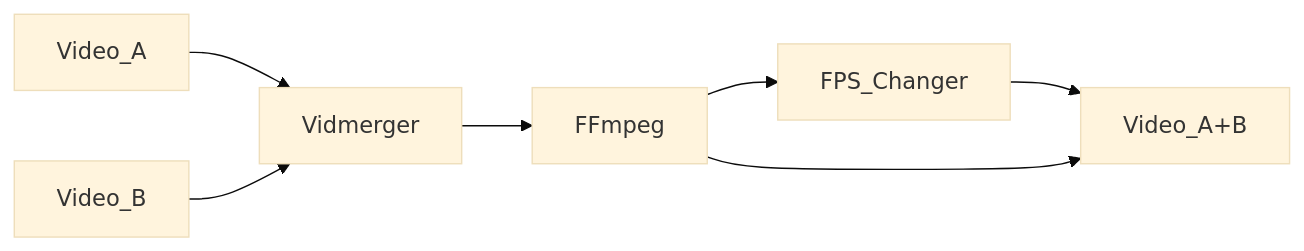
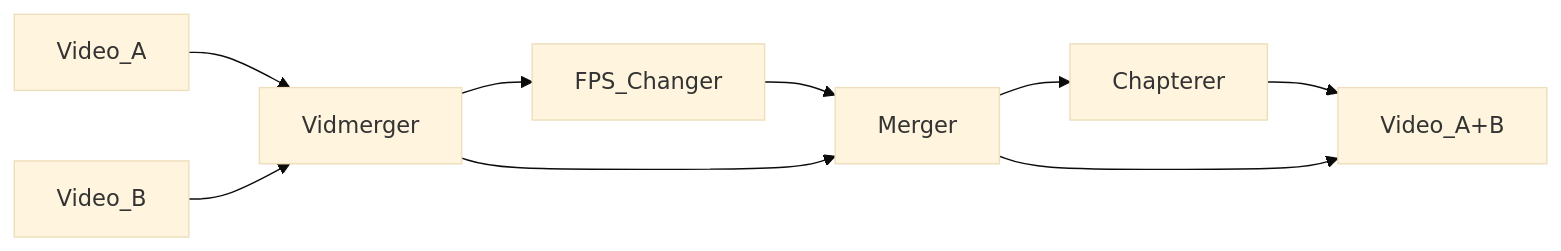
The diagram in README.md (tgotwig/vidmerger), drawn with Mermaid (base theme) before and after one commit. The commit also changed other lines of this file and 10 other files, not shown here.

````diff
--- a/README.md
+++ b/README.md
@@ -8,9 +8,12 @@
 ```mermaid
 graph LR;
 Video_A-->Vidmerger;
 Video_B-->Vidmerger;
-Vidmerger-->FFmpeg;
-FFmpeg-->FPS_Changer;
-FPS_Changer-->Video_A+B;
-FFmpeg-->Video_A+B;
+Vidmerger-->FPS_Changer;
+FPS_Changer-->Merger;
+Merger-->Chapterer;
+Chapterer-->Video_A+B;
+
+Vidmerger-->Merger;
+Merger-->Video_A+B;
 ```
````
